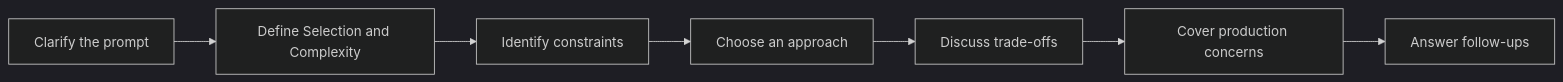
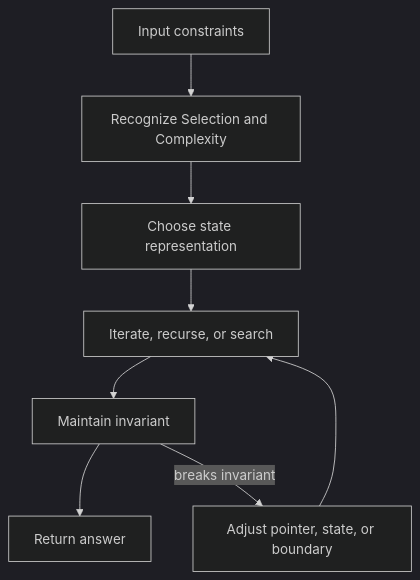
Before and after one commit to abstractinterviews/abstractinterviews.github.io: the diagram in data-structures/selection-complexity/index.md, drawn with Mermaid (dark theme). The commit also changed other lines of this file and 278 other files, not shown here.

````diff
--- a/data-structures/selection-complexity/index.md
+++ b/data-structures/selection-complexity/index.md
@@ -122,9 +124,10 @@
-~~~mermaid
-flowchart LR
-    A["Clarify the prompt"] --> B["Define Selection and Complexity"]
-    B --> C["Identify constraints"]
-    C --> D["Choose an approach"]
-    D --> E["Discuss trade-offs"]
-    E --> F["Cover production concerns"]
-    F --> G["Answer follow-ups"]
-~~~
+```mermaid
+flowchart TD
+    Input["Input constraints"] --> Pattern["Recognize Selection and Complexity"]
+    Pattern --> State["Choose state representation"]
+    State --> Iterate["Iterate, recurse, or search"]
+    Iterate --> Check["Maintain invariant"]
+    Check --> Result["Return answer"]
+    Check -->|breaks invariant| Fix["Adjust pointer, state, or boundary"]
+    Fix --> Iterate
+```
````
